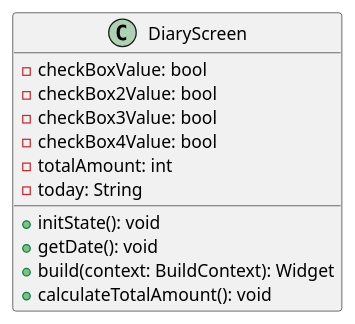
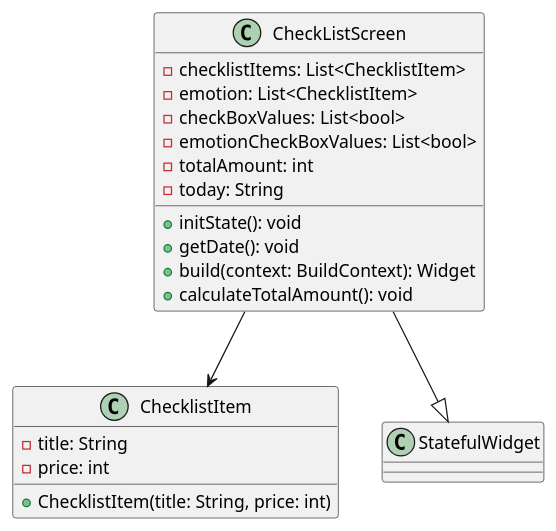
One commit to LiberationNacho/Project-pop changed the diagram in class/CheckListScreen.puml. Above: the diagram before and after it, drawn with PlantUML. The commit also changed 7 other files, not shown here.

Commit message:
클래스 다이어그램 추가

```diff
--- a/class/CheckListScreen.puml
+++ b/class/CheckListScreen.puml
@@ -1,15 +1,23 @@
 @startuml
-class DiaryScreen {
-  - checkBoxValue: bool
-  - checkBox2Value: bool
-  - checkBox3Value: bool
-  - checkBox4Value: bool
+class ChecklistItem {
+  - title: String
+  - price: int
+  + ChecklistItem(title: String, price: int)
+}
+
+class CheckListScreen {
+  - checklistItems: List<ChecklistItem>
+  - emotion: List<ChecklistItem>
+  - checkBoxValues: List<bool>
+  - emotionCheckBoxValues: List<bool>
   - totalAmount: int
   - today: String
-
   + initState(): void
   + getDate(): void
   + build(context: BuildContext): Widget
   + calculateTotalAmount(): void
 }
+
+CheckListScreen --|> StatefulWidget
+CheckListScreen --> ChecklistItem
 @enduml
```
